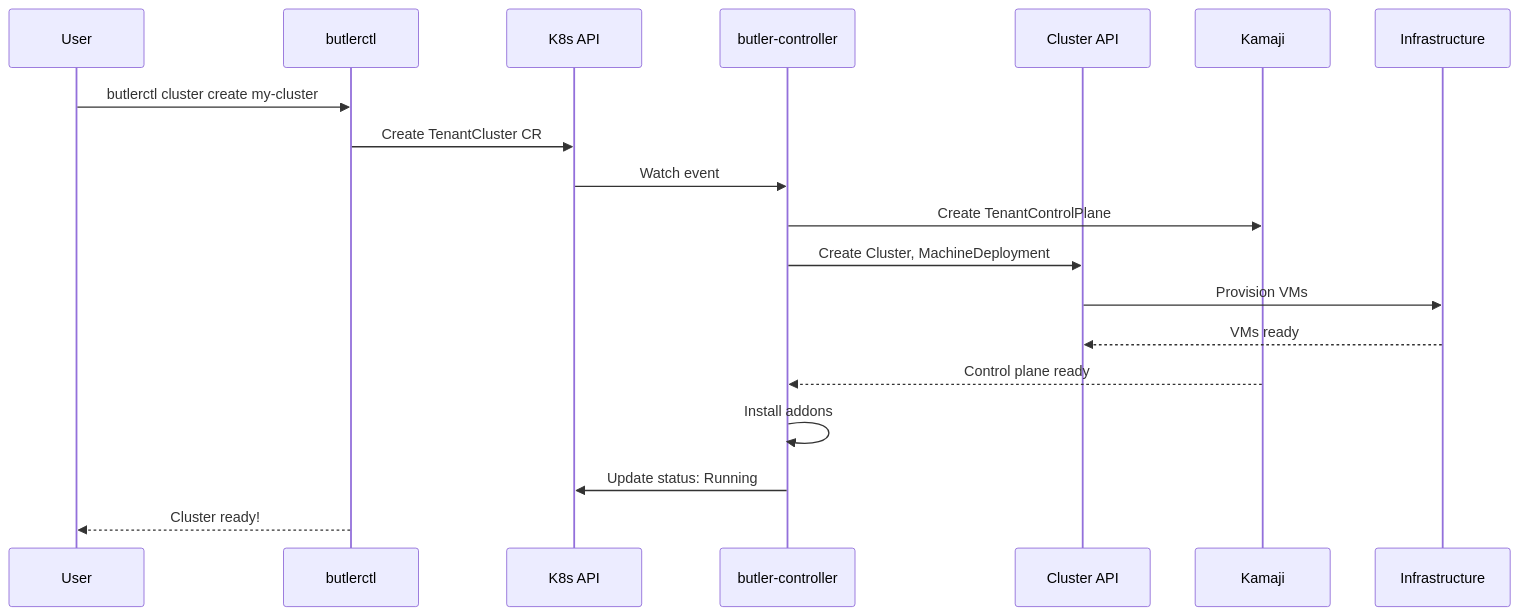
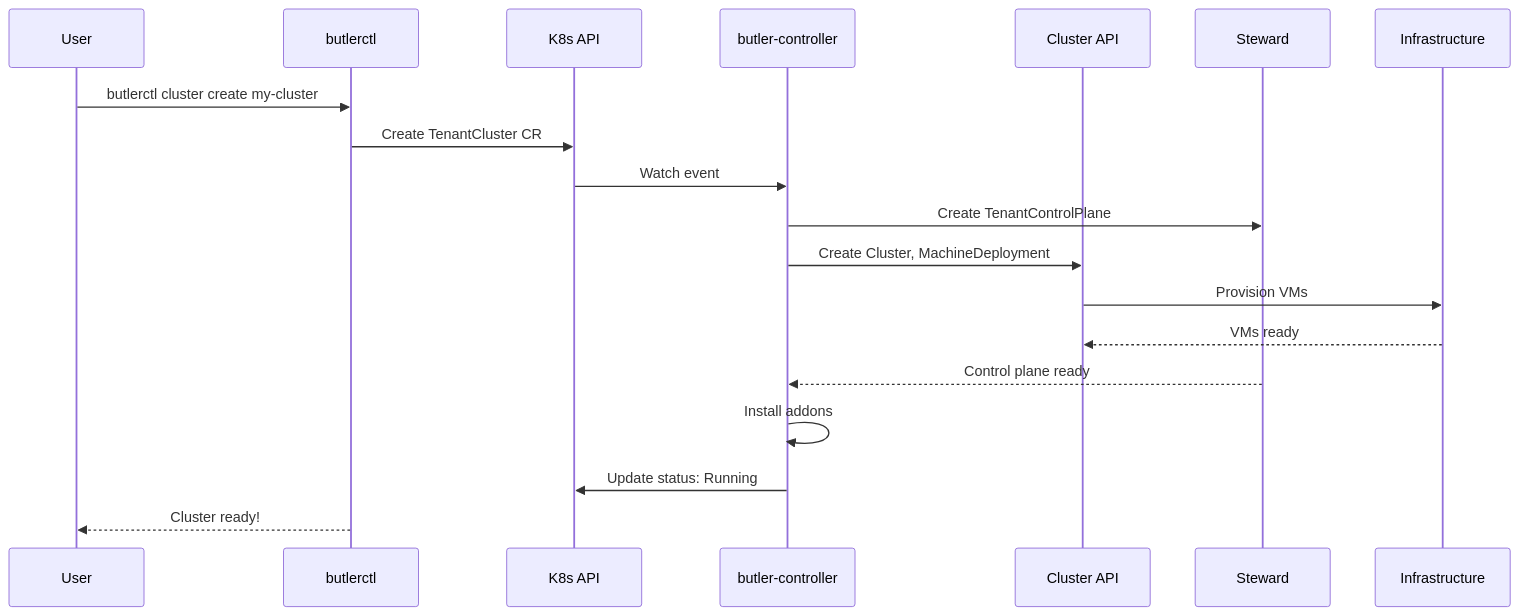
One commit to butlerdotdev/butler changed the second of 2 diagrams in docs/overview/README.md. Above: the diagram before and after it, drawn with Mermaid. The commit also changed other lines of this file and 44 other files, not shown here.

````diff
--- a/docs/overview/README.md
+++ b/docs/overview/README.md
@@ -125,22 +125,22 @@
 ```mermaid
 sequenceDiagram
     participant User
     participant CLI as butlerctl
     participant API as K8s API
     participant Controller as butler-controller
     participant CAPI as Cluster API
-    participant Kamaji
+    participant Steward
     participant Provider as Infrastructure
     
     User->>CLI: butlerctl cluster create my-cluster
     CLI->>API: Create TenantCluster CR
     API->>Controller: Watch event
-    Controller->>Kamaji: Create TenantControlPlane
+    Controller->>Steward: Create TenantControlPlane
     Controller->>CAPI: Create Cluster, MachineDeployment
     CAPI->>Provider: Provision VMs
     Provider-->>CAPI: VMs ready
-    Kamaji-->>Controller: Control plane ready
+    Steward-->>Controller: Control plane ready
     Controller->>Controller: Install addons
     Controller->>API: Update status: Running
     CLI-->>User: Cluster ready!
 ```
````
